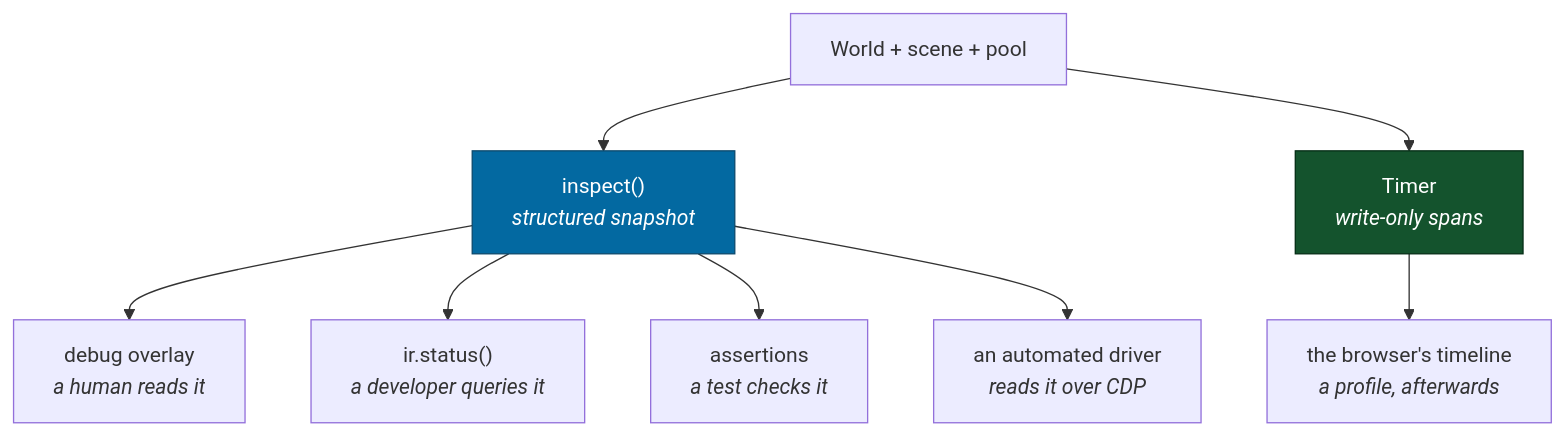
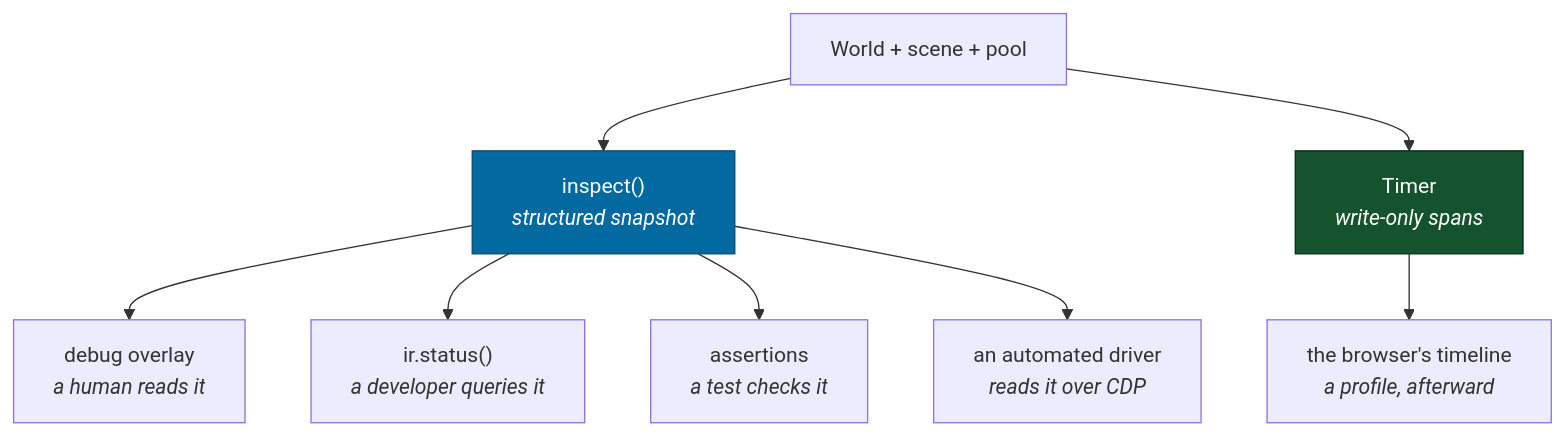
Before and after one commit to jonjaques/inertialref: the first of 2 diagrams in docs/concepts/observability.md, drawn with Mermaid. The commit also changed other lines of this file and 358 other files, not shown here.

````diff
--- a/docs/concepts/observability.md
+++ b/docs/concepts/observability.md
@@ -16,13 +16,13 @@
 ```mermaid
 flowchart TB
     WORLD["World + scene + pool"] --> INSPECT["inspect()<br/><i>structured snapshot</i>"]
     INSPECT --> HUD["debug overlay<br/><i>a human reads it</i>"]
     INSPECT --> CONSOLE["ir.status()<br/><i>a developer queries it</i>"]
     INSPECT --> TEST["assertions<br/><i>a test checks it</i>"]
     INSPECT --> AGENT["an automated driver<br/><i>reads it over CDP</i>"]
     WORLD --> TIMER["Timer<br/><i>write-only spans</i>"]
-    TIMER --> TIMELINE["the browser's timeline<br/><i>a profile, afterwards</i>"]
+    TIMER --> TIMELINE["the browser's timeline<br/><i>a profile, afterward</i>"]
 
     style INSPECT fill:#0369a1,stroke:#0c4a6e,color:#fff
     style TIMER fill:#14532d,stroke:#052e16,color:#fff
 ```
````
